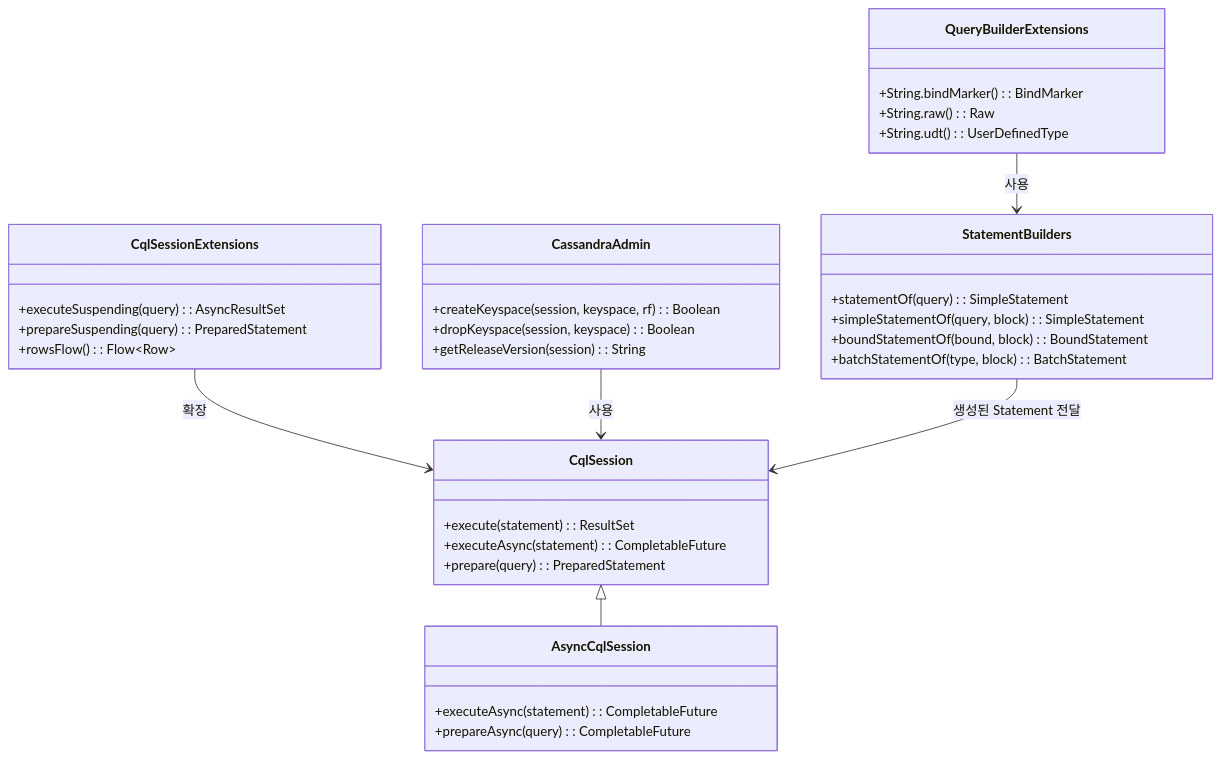
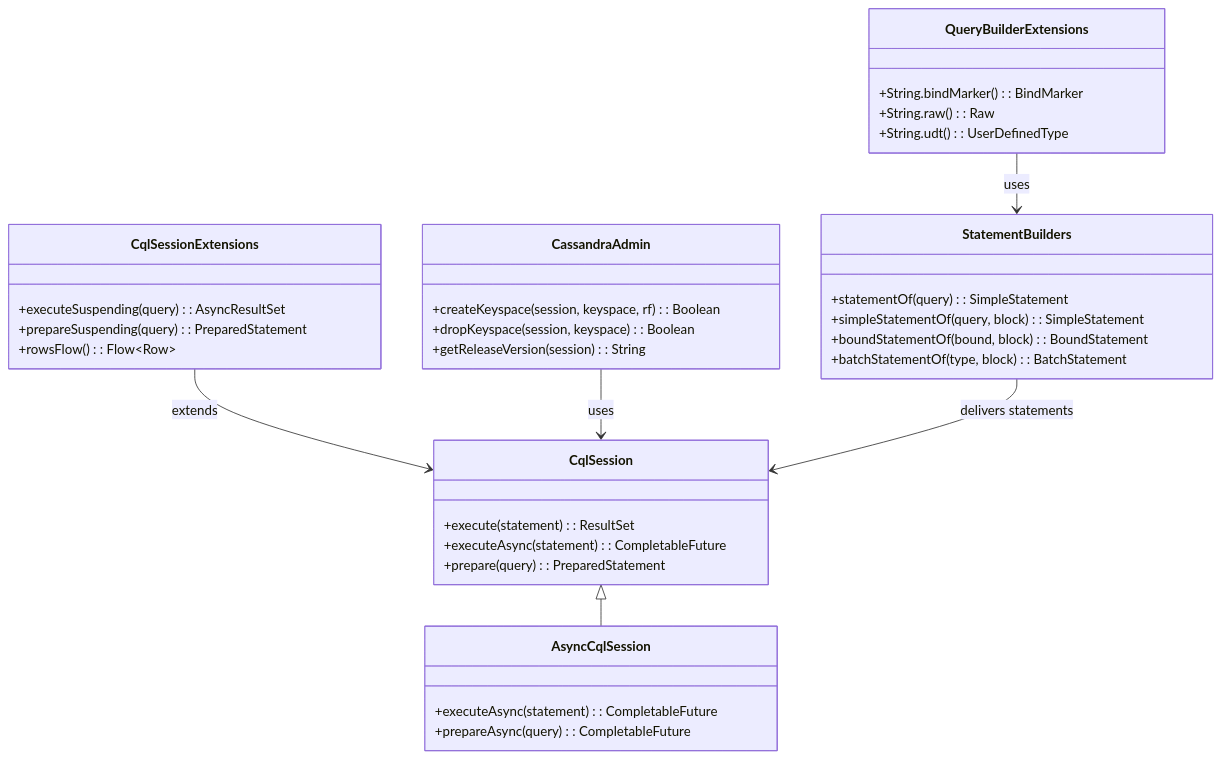
Before and after one commit to bluetape4k/bluetape4k-projects: the second of 3 diagrams in data/cassandra/README.md, drawn with Mermaid. The commit also changed other lines of this file and 265 other files, not shown here.

````diff
--- a/data/cassandra/README.md
+++ b/data/cassandra/README.md
@@ -378,38 +380,38 @@
 ```mermaid
 classDiagram
     class CqlSession {
         +execute(statement): ResultSet
         +executeAsync(statement): CompletableFuture
         +prepare(query): PreparedStatement
     }
     class AsyncCqlSession {
         +executeAsync(statement): CompletableFuture
         +prepareAsync(query): CompletableFuture
     }
     class CqlSessionExtensions {
         +executeSuspending(query): AsyncResultSet
         +prepareSuspending(query): PreparedStatement
         +rowsFlow(): Flow~Row~
     }
     class CassandraAdmin {
         +createKeyspace(session, keyspace, rf): Boolean
         +dropKeyspace(session, keyspace): Boolean
         +getReleaseVersion(session): String
     }
     class StatementBuilders {
         +statementOf(query): SimpleStatement
         +simpleStatementOf(query, block): SimpleStatement
         +boundStatementOf(bound, block): BoundStatement
         +batchStatementOf(type, block): BatchStatement
     }
     class QueryBuilderExtensions {
         +String.bindMarker(): BindMarker
         +String.raw(): Raw
         +String.udt(): UserDefinedType
     }
     CqlSession <|-- AsyncCqlSession
-    CqlSessionExtensions --> CqlSession : 확장
-    CassandraAdmin --> CqlSession : 사용
-    StatementBuilders --> CqlSession : 생성된 Statement 전달
-    QueryBuilderExtensions --> StatementBuilders : 사용
+    CqlSessionExtensions --> CqlSession : extends
+    CassandraAdmin --> CqlSession : uses
+    StatementBuilders --> CqlSession : delivers statements
+    QueryBuilderExtensions --> StatementBuilders : uses
 ```
````
